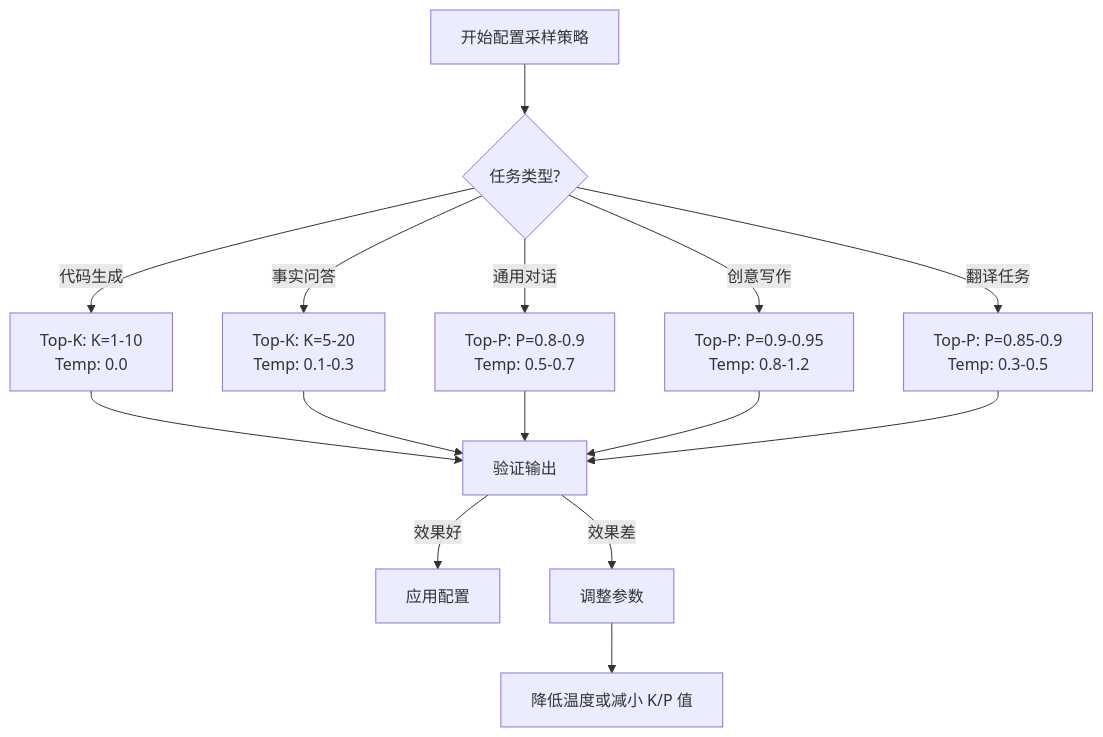
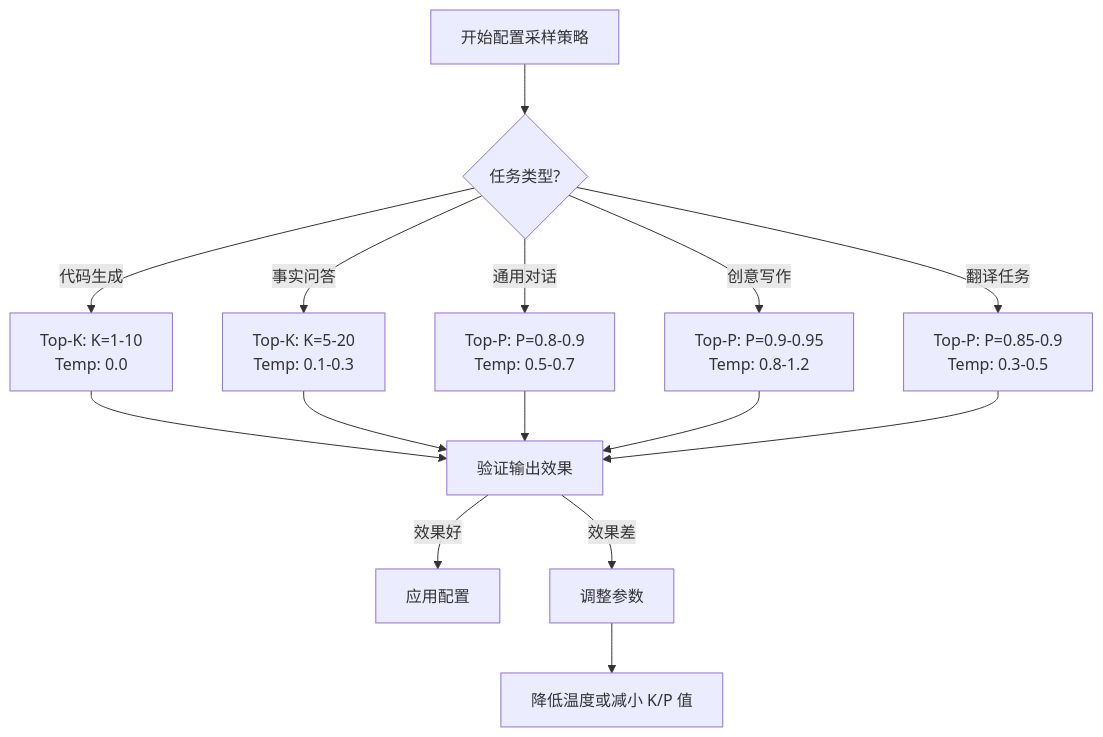
One commit to mansteinr/note-book changed the seventh of 8 diagrams in agent/2大模型基础/8Top-K与Top-P解码策略对比.md. Above: the diagram before and after it, drawn with Mermaid. The commit also changed other lines of this file and 1 other file, not shown here.

````diff
--- a/agent/2大模型基础/8Top-K与Top-P解码策略对比.md
+++ b/agent/2大模型基础/8Top-K与Top-P解码策略对比.md
@@ -1186,19 +849,19 @@
 ```mermaid
 flowchart TD
     A[开始配置采样策略] --> B{任务类型?};
     B --> |代码生成| C[Top-K: K=1-10\nTemp: 0.0];
     B --> |事实问答| D[Top-K: K=5-20\nTemp: 0.1-0.3];
     B --> |通用对话| E[Top-P: P=0.8-0.9\nTemp: 0.5-0.7];
     B --> |创意写作| F[Top-P: P=0.9-0.95\nTemp: 0.8-1.2];
     B --> |翻译任务| G[Top-P: P=0.85-0.9\nTemp: 0.3-0.5];
     
-    C --> H[验证输出];
+    C --> H[验证输出效果];
     D --> H;
     E --> H;
     F --> H;
     G --> H;
     
     H --> |效果好| I[应用配置];
     H --> |效果差| J[调整参数];
     J --> K[降低温度或减小 K/P 值];
 ```
````
